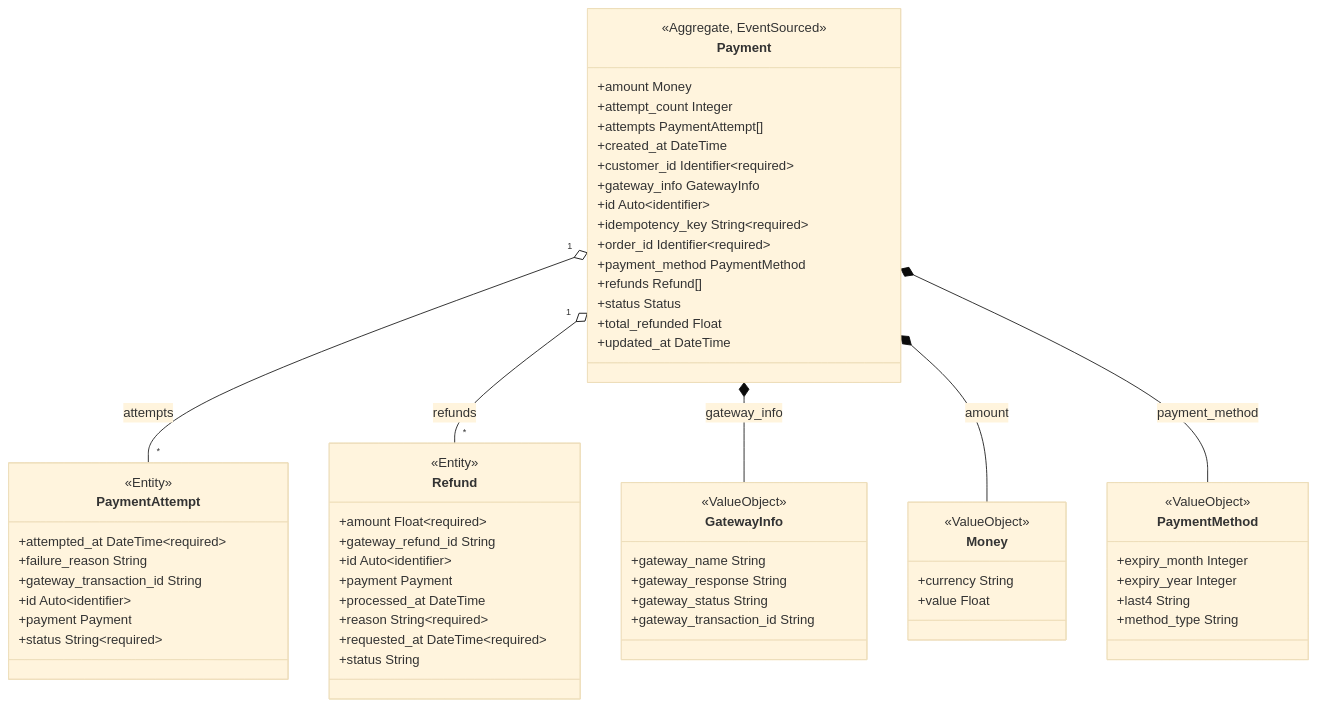
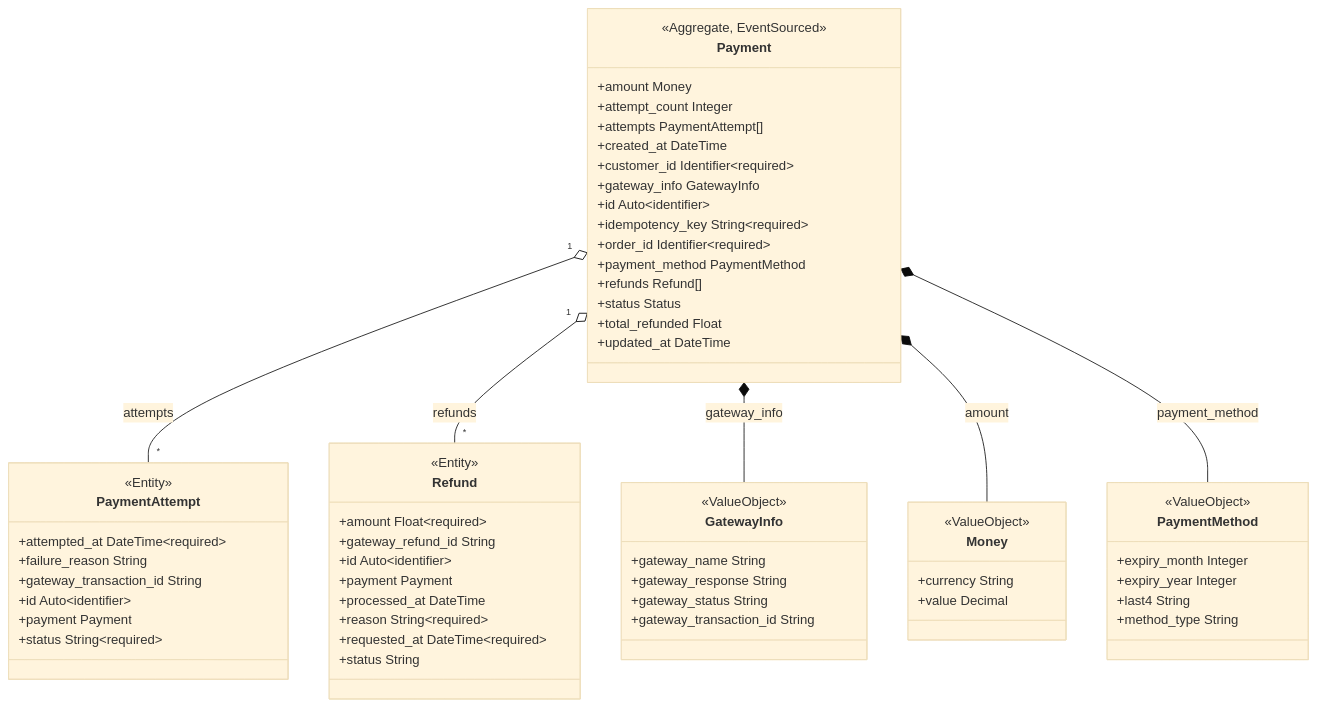
Before and after one commit to proteanhq/shopstream: the second of 2 diagrams in docs/payments/clusters.md, drawn with Mermaid (base theme). The commit also changed 27 other files, not shown here.

First line of the commit message:
Switch money fields from Float to Decimal (#121)

````diff
--- a/docs/payments/clusters.md
+++ b/docs/payments/clusters.md
@@ -35,64 +35,64 @@
 ```mermaid
 classDiagram
     class payments_payment_payment_Payment["Payment"] {
         <<Aggregate, EventSourced>>
         +amount Money
         +attempt_count Integer
         +attempts PaymentAttempt[]
         +created_at DateTime
         +customer_id Identifier~required~
         +gateway_info GatewayInfo
         +id Auto~identifier~
         +idempotency_key String~required~
         +order_id Identifier~required~
         +payment_method PaymentMethod
         +refunds Refund[]
         +status Status
         +total_refunded Float
         +updated_at DateTime
     }
     class payments_payment_payment_PaymentAttempt["PaymentAttempt"] {
         <<Entity>>
         +attempted_at DateTime~required~
         +failure_reason String
         +gateway_transaction_id String
         +id Auto~identifier~
         +payment Payment
         +status String~required~
     }
     payments_payment_payment_Payment "1" o-- "*" payments_payment_payment_PaymentAttempt : attempts
     class payments_payment_payment_Refund["Refund"] {
         <<Entity>>
         +amount Float~required~
         +gateway_refund_id String
         +id Auto~identifier~
         +payment Payment
         +processed_at DateTime
         +reason String~required~
         +requested_at DateTime~required~
         +status String
     }
     payments_payment_payment_Payment "1" o-- "*" payments_payment_payment_Refund : refunds
     class payments_payment_payment_GatewayInfo["GatewayInfo"] {
         <<ValueObject>>
         +gateway_name String
         +gateway_response String
         +gateway_status String
         +gateway_transaction_id String
     }
     payments_payment_payment_Payment *-- payments_payment_payment_GatewayInfo : gateway_info
     class payments_payment_payment_Money["Money"] {
         <<ValueObject>>
         +currency String
-        +value Float
+        +value Decimal
     }
     payments_payment_payment_Payment *-- payments_payment_payment_Money : amount
     class payments_payment_payment_PaymentMethod["PaymentMethod"] {
         <<ValueObject>>
         +expiry_month Integer
         +expiry_year Integer
         +last4 String
         +method_type String
     }
     payments_payment_payment_Payment *-- payments_payment_payment_PaymentMethod : payment_method
 ```
````
